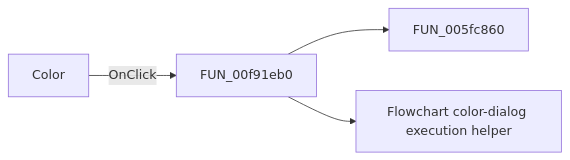
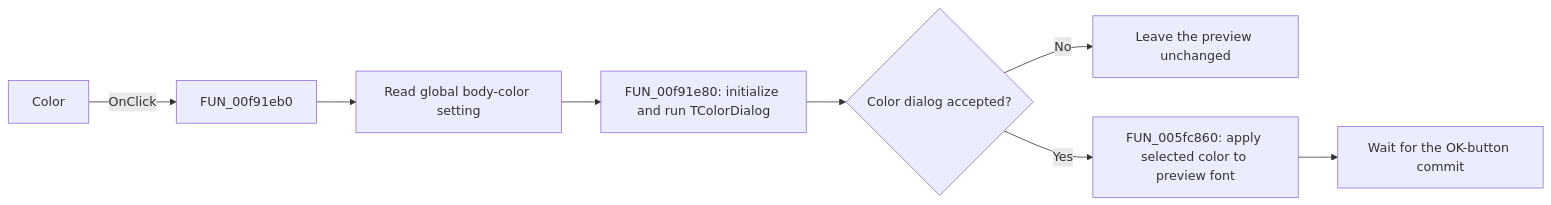
Before and after one commit to MovGP0/TIARA: the diagram in docs/ui-controls/dlgflowchartoptions/lsetbodycolor-d07ded34d4.md, drawn with Mermaid. The commit also changed other lines of this file and 387 other files, not shown here.

````diff
--- a/docs/ui-controls/dlgflowchartoptions/lsetbodycolor-d07ded34d4.md
+++ b/docs/ui-controls/dlgflowchartoptions/lsetbodycolor-d07ded34d4.md
@@ -27,6 +31,10 @@
 ```mermaid
 flowchart LR
     control["Color"] -->|OnClick| handler["FUN_00f91eb0"]
-    handler --> call1["FUN_005fc860"]
-    handler --> call2["Flowchart color-dialog execution helper"]
+    handler --> readSetting["Read global body-color setting"]
+    readSetting --> colorDialog["FUN_00f91e80: initialize and run TColorDialog"]
+    colorDialog --> accepted{"Color dialog accepted?"}
+    accepted -->|No| unchanged["Leave the preview unchanged"]
+    accepted -->|Yes| applyPreview["FUN_005fc860: apply selected color to preview font"]
+    applyPreview --> waitForOK["Wait for the OK-button commit"]
 ```
````
